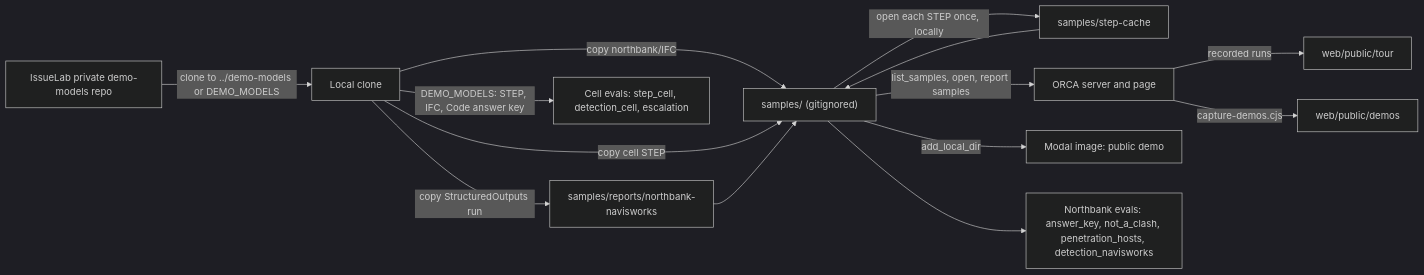
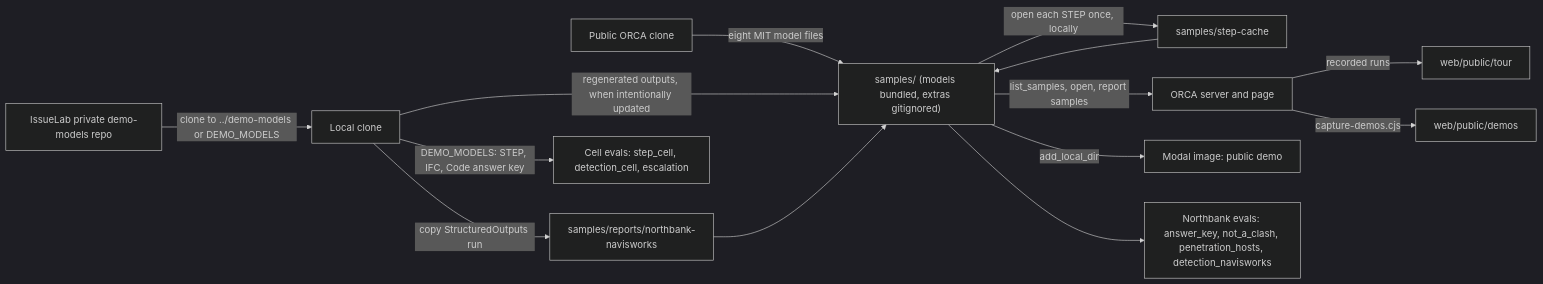
Before and after one commit to IssueLab-Inc/ORCA: the diagram in docs/architecture/19-demo-data.md, drawn with Mermaid (dark theme). The commit also changed other lines of this file and 18 other files, not shown here.

````diff
--- a/docs/architecture/19-demo-data.md
+++ b/docs/architecture/19-demo-data.md
@@ -246,16 +257,16 @@
 ```mermaid
 flowchart LR
   repo["IssueLab private demo-models repo"] -->|"clone to ../demo-models or DEMO_MODELS"| clone["Local clone"]
-  clone -->|"copy northbank/IFC"| samples["samples/ (gitignored)"]
-  clone -->|"copy cell STEP"| samples
+  publicRepo["Public ORCA clone"] -->|"eight MIT model files"| samples["samples/ (models bundled, extras gitignored)"]
+  clone -->|"regenerated outputs, when intentionally updated"| samples
   clone -->|"copy StructuredOutputs run"| reportsDir["samples/reports/northbank-navisworks"]
   reportsDir --> samples
   samples -->|"open each STEP once, locally"| cache["samples/step-cache"]
   cache --> samples
   samples -->|"list_samples, open, report samples"| app["ORCA server and page"]
   samples -->|"add_local_dir"| image["Modal image: public demo"]
   clone -->|"DEMO_MODELS: STEP, IFC, Code answer key"| cellEvals["Cell evals: step_cell, detection_cell, escalation"]
   samples --> nbEvals["Northbank evals: answer_key, not_a_clash, penetration_hosts, detection_navisworks"]
   app -->|"recorded runs"| tour["web/public/tour"]
   app -->|"capture-demos.cjs"| pics["web/public/demos"]
 ```
````
